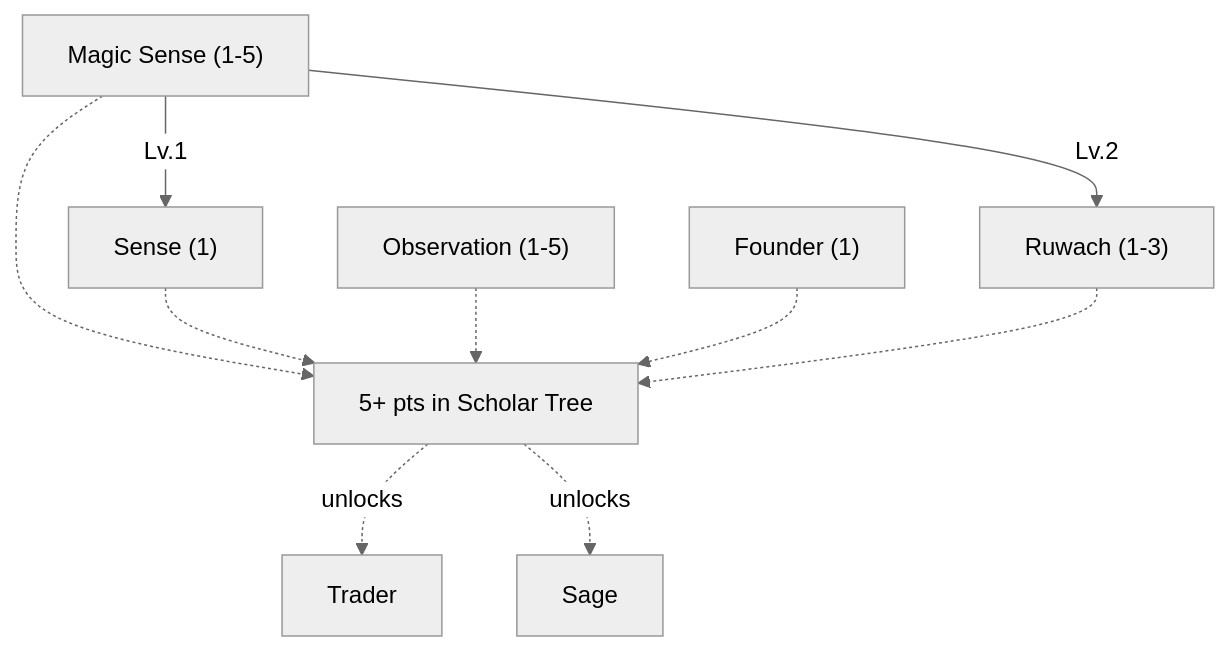
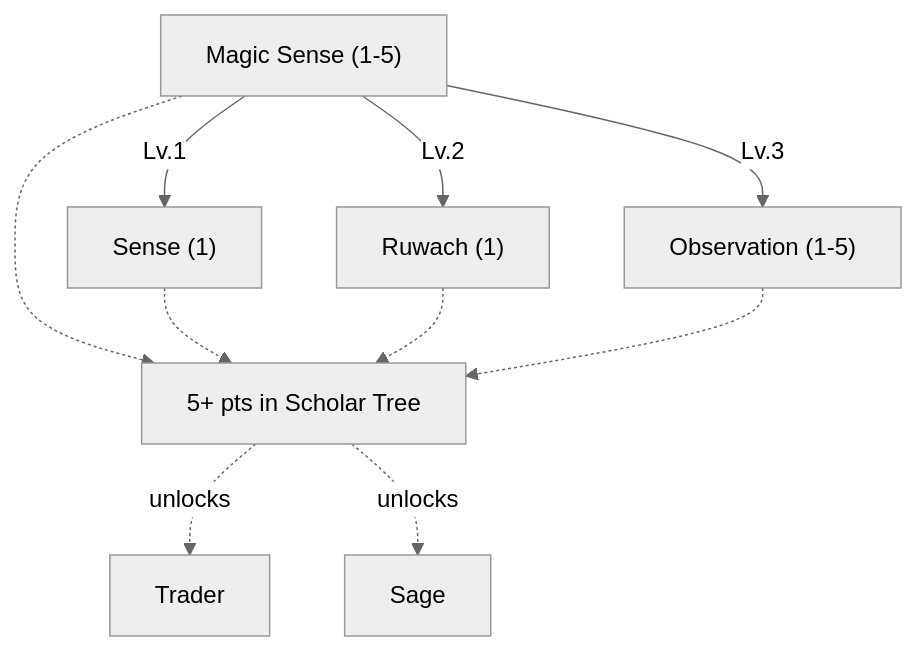
The tenth of 16 diagrams in content/docs/mechanics/master.md (tfelix/bestia-docs), drawn with Mermaid (neutral theme) before and after one commit. The commit also changed other lines of this file, not shown here.

First line of the commit message:
Reorder the Scholar trunk and move Founder to the Prospector

````diff
--- a/content/docs/mechanics/master.md
+++ b/content/docs/mechanics/master.md
@@ -1086,23 +1109,22 @@
 ```mermaid
 graph TD
     MagicSense["Magic Sense (1-5)"]
     Sense["Sense (1)"]
+    Ruwach["Ruwach (1)"]
     Observation["Observation (1-5)"]
-    Founder["Founder (1)"]
-    Ruwach["Ruwach (1-3)"]
     Gate["5+ pts in Scholar Tree"]
     %% Priest["Priest"] %% parked
     Trader["Trader"]
     Sage["Sage"]
 
+    MagicSense -->|Lv.1| Sense
     MagicSense -->|Lv.2| Ruwach
-    MagicSense -->|Lv.1| Sense
+    MagicSense -->|Lv.3| Observation
     MagicSense -.-> Gate
     Sense -.-> Gate
+    Ruwach -.-> Gate
     Observation -.-> Gate
-    Founder -.-> Gate
-    Ruwach -.-> Gate
     %% Gate -.->|unlocks| Priest
     Gate -.->|unlocks| Trader
     Gate -.->|unlocks| Sage
 ```
````
